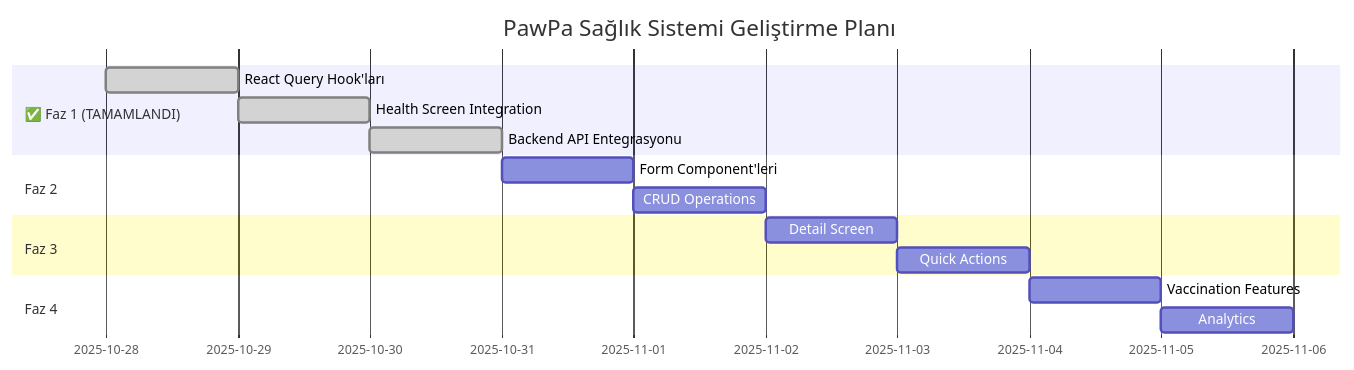
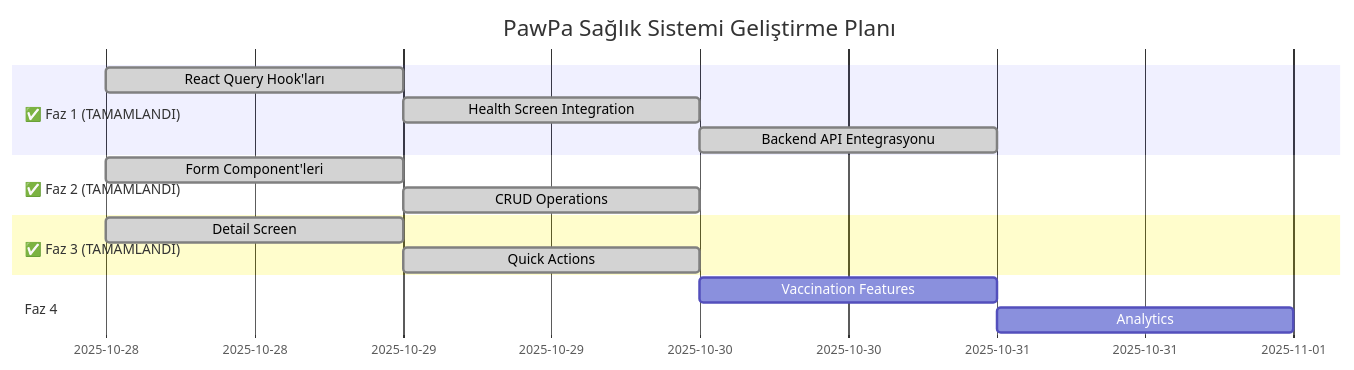
Before and after one commit to asugan/pawpa: the diagram in docs/health-roadmap.md, drawn with Mermaid. The commit also changed other lines of this file and 5 other files, not shown here.

````diff
--- a/docs/health-roadmap.md
+++ b/docs/health-roadmap.md
@@ -156,18 +174,18 @@
 ```mermaid
 gantt
     title PawPa Sağlık Sistemi Geliştirme Planı
     dateFormat  YYYY-MM-DD
     section ✅ Faz 1 (TAMAMLANDI)
     React Query Hook'ları     :done, a1, 2025-10-28, 1d
     Health Screen Integration :done, a2, after a1, 0.5d
     Backend API Entegrasyonu  :done, a3, after a2, 0.5d
-    section Faz 2
-    Form Component'leri       :b1, after a3, 1d
-    CRUD Operations          :b2, after b1, 0.5d
-    section Faz 3
-    Detail Screen            :c1, after b2, 0.5d
-    Quick Actions            :c2, after c1, 0.5d
+    section ✅ Faz 2 (TAMAMLANDI)
+    Form Component'leri       :done, b1, 2025-10-28, 1d
+    CRUD Operations          :done, b2, after b1, 0.5d
+    section ✅ Faz 3 (TAMAMLANDI)
+    Detail Screen            :done, c1, 2025-10-28, 0.5d
+    Quick Actions            :done, c2, after c1, 0.5d
     section Faz 4
     Vaccination Features     :d1, after c2, 1d
     Analytics                :d2, after d1, 1d
 ```
````
